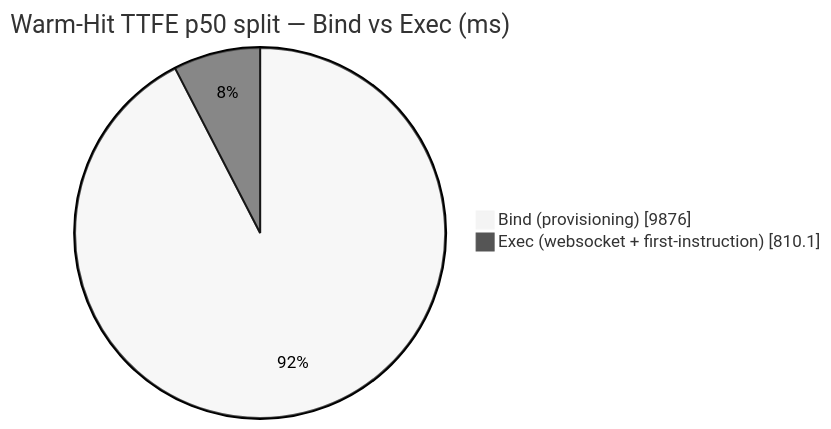
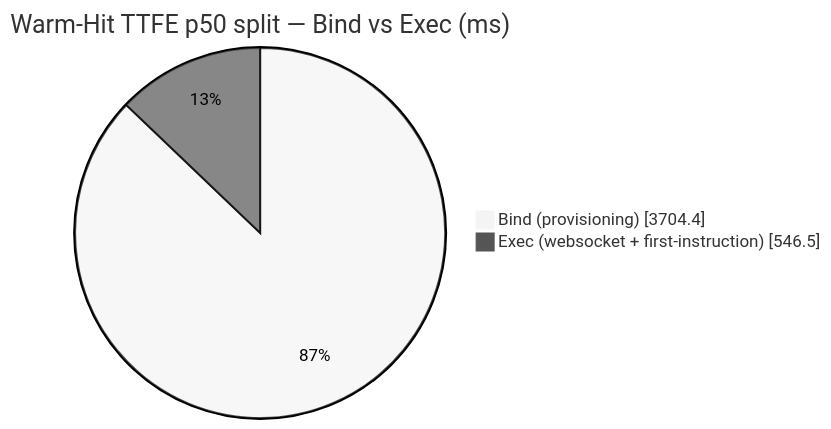
One commit to AlexBulankou/honest-bench changed the diagram in DETAILS.md. Above: the diagram before and after it, drawn with Mermaid (neutral theme). The commit also changed other lines of this file and 4 other files, not shown here.

````diff
--- a/DETAILS.md
+++ b/DETAILS.md
@@ -116,6 +117,6 @@
 ```mermaid
 pie showData
     title Warm-Hit TTFE p50 split — Bind vs Exec (ms)
-    "Bind (provisioning)" : 9876.0
-    "Exec (websocket + first-instruction)" : 810.1
+    "Bind (provisioning)" : 3704.4
+    "Exec (websocket + first-instruction)" : 546.5
 ```
````
